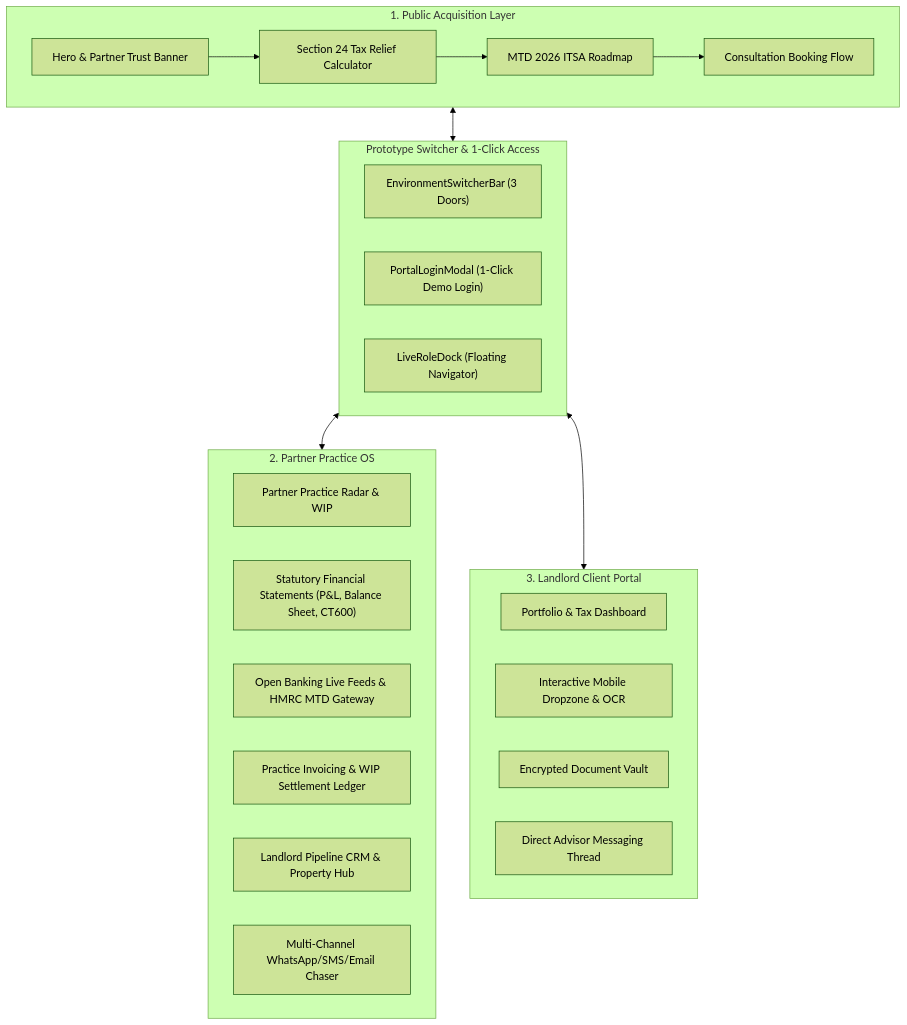
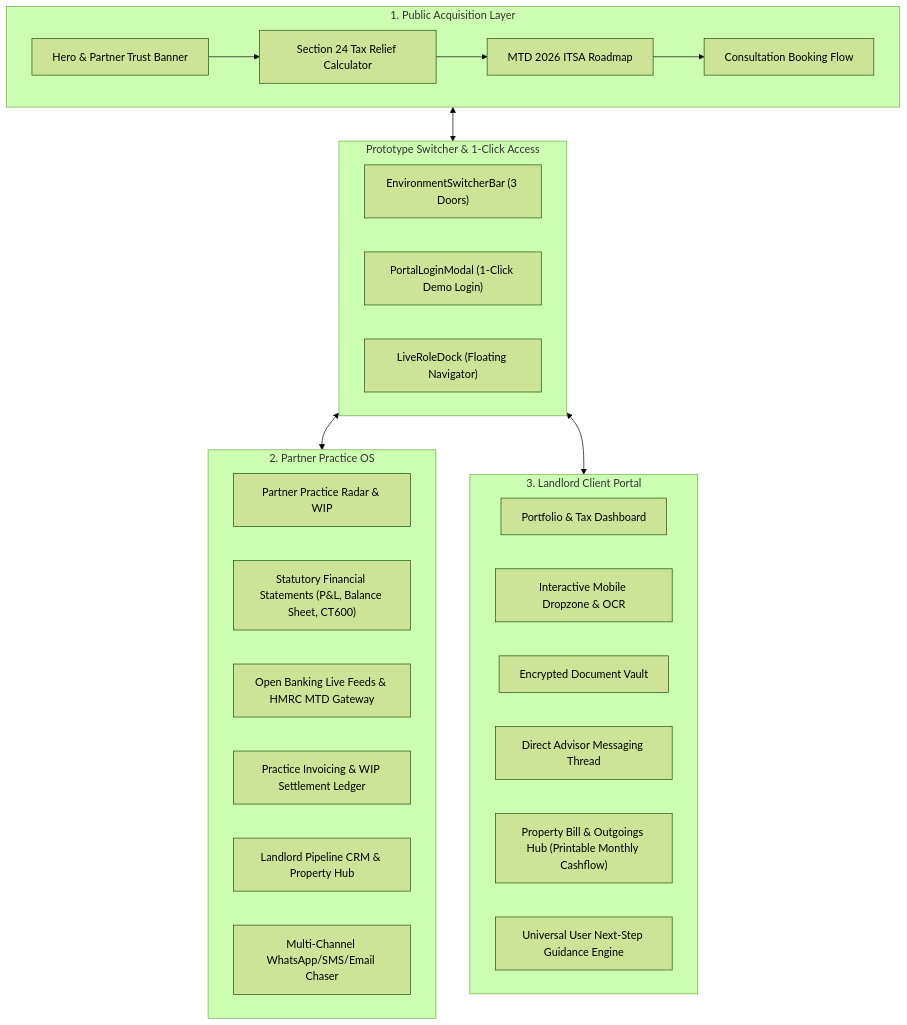
One commit to echelonsystemsgd-deep/uk-accountancy-os-prototype changed the diagram in README.md. Above: the diagram before and after it, drawn with Mermaid (forest theme). The commit also changed other lines of this file and 22 other files, not shown here.

Commit message:
feat: user next-step guidance engine, landlord bill tracker hub, universal client portfolio switching, and verified KPTC practice data

````diff
--- a/README.md
+++ b/README.md
@@ -42,34 +72,36 @@
 ```mermaid
 flowchart TD
     subgraph Public["1. Public Acquisition Layer"]
         A["Hero & Partner Trust Banner"] --> B["Section 24 Tax Relief Calculator"]
         B --> C["MTD 2026 ITSA Roadmap"]
         C --> D["Consultation Booking Flow"]
     end
 
     subgraph ProtoMode["Prototype Switcher & 1-Click Access"]
         E["EnvironmentSwitcherBar (3 Doors)"]
         F["PortalLoginModal (1-Click Demo Login)"]
         G["LiveRoleDock (Floating Navigator)"]
     end
 
     subgraph AccountantOS["2. Partner Practice OS"]
         H["Partner Practice Radar & WIP"]
         I["Statutory Financial Statements (P&L, Balance Sheet, CT600)"]
         J["Open Banking Live Feeds & HMRC MTD Gateway"]
         K["Practice Invoicing & WIP Settlement Ledger"]
         L["Landlord Pipeline CRM & Property Hub"]
         M["Multi-Channel WhatsApp/SMS/Email Chaser"]
     end
 
     subgraph ClientPortal["3. Landlord Client Portal"]
         N["Portfolio & Tax Dashboard"]
         O["Interactive Mobile Dropzone & OCR"]
         P["Encrypted Document Vault"]
         Q["Direct Advisor Messaging Thread"]
+        R["Property Bill & Outgoings Hub (Printable Monthly Cashflow)"]
+        S["Universal User Next-Step Guidance Engine"]
     end
 
     Public <--> ProtoMode
     ProtoMode <--> AccountantOS
     ProtoMode <--> ClientPortal
 ```
````
